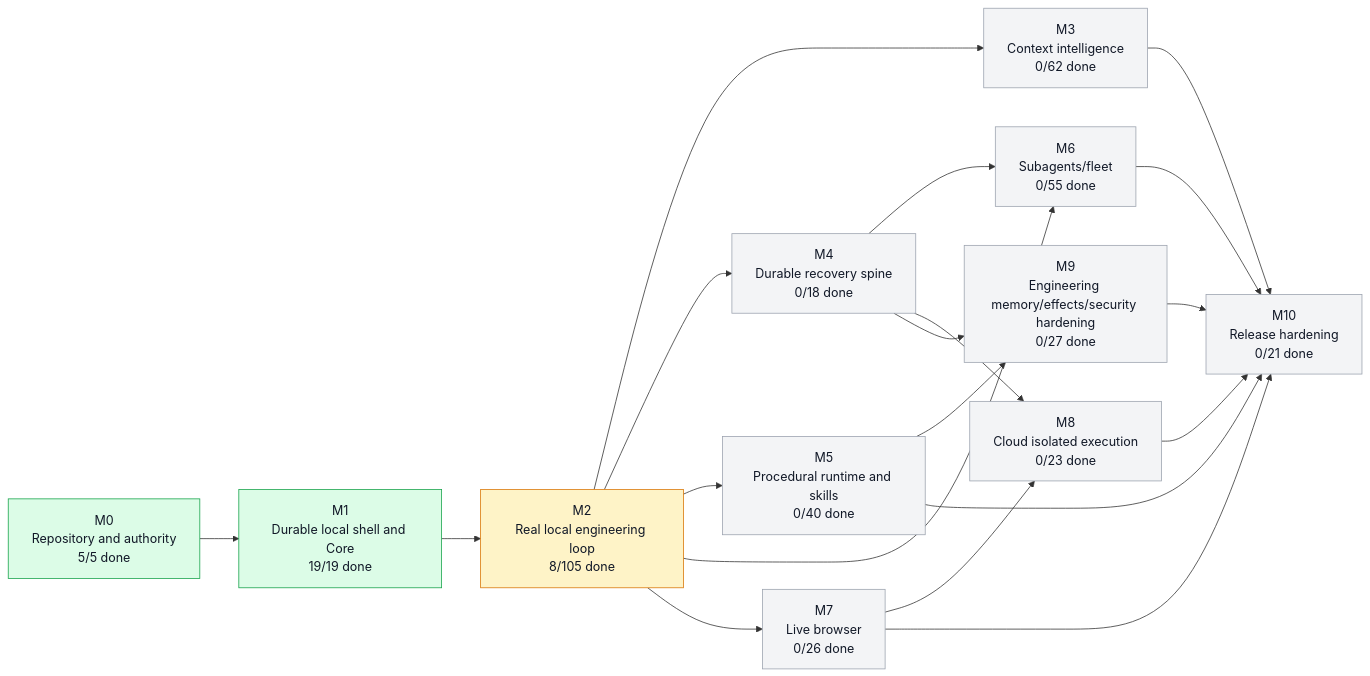
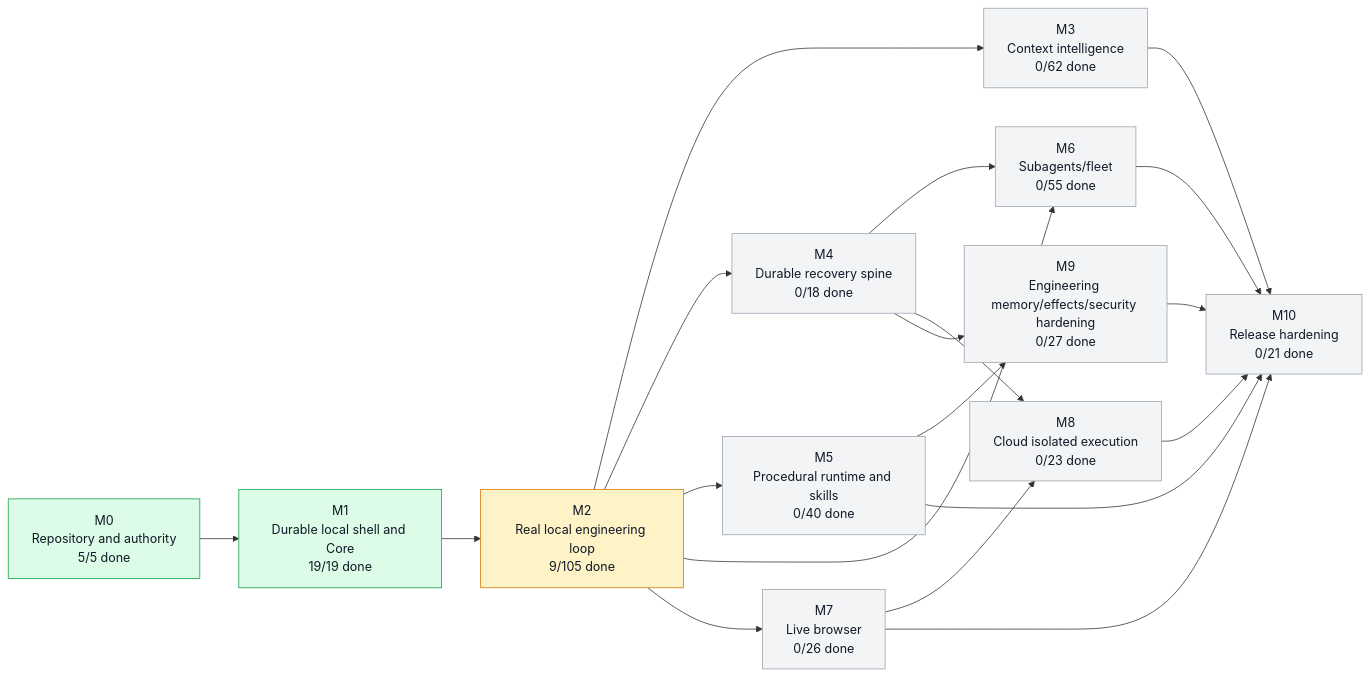
One commit to moss101/modbit changed the first of 5 diagrams in graph/PROJECT_GRAPH.md. Above: the diagram before and after it, drawn with Mermaid. The commit also changed other lines of this file and 6 other files, not shown here.

````diff
--- a/graph/PROJECT_GRAPH.md
+++ b/graph/PROJECT_GRAPH.md
@@ -57,43 +57,43 @@
 ```mermaid
 flowchart LR
   M0["M0<br/>Repository and authority<br/>5/5 done"]
   M1["M1<br/>Durable local shell and Core<br/>19/19 done"]
-  M2["M2<br/>Real local engineering loop<br/>8/105 done"]
+  M2["M2<br/>Real local engineering loop<br/>9/105 done"]
   M3["M3<br/>Context intelligence<br/>0/62 done"]
   M4["M4<br/>Durable recovery spine<br/>0/18 done"]
   M5["M5<br/>Procedural runtime and skills<br/>0/40 done"]
   M6["M6<br/>Subagents/fleet<br/>0/55 done"]
   M7["M7<br/>Live browser<br/>0/26 done"]
   M8["M8<br/>Cloud isolated execution<br/>0/23 done"]
   M9["M9<br/>Engineering memory/effects/security hardening<br/>0/27 done"]
   M10["M10<br/>Release hardening<br/>0/21 done"]
   M0 --> M1
   M1 --> M2
   M2 --> M3
   M2 --> M4
   M2 --> M5
   M2 --> M6
   M4 --> M6
   M2 --> M7
   M4 --> M8
   M7 --> M8
   M4 --> M9
   M5 --> M9
   M3 --> M10
   M5 --> M10
   M6 --> M10
   M7 --> M10
   M8 --> M10
   M9 --> M10
   style M0 fill:#dcfce7,stroke:#16a34a,color:#111827
   style M1 fill:#dcfce7,stroke:#16a34a,color:#111827
   style M2 fill:#fef3c7,stroke:#d97706,color:#111827
   style M3 fill:#f3f4f6,stroke:#9ca3af,color:#111827
   style M4 fill:#f3f4f6,stroke:#9ca3af,color:#111827
   style M5 fill:#f3f4f6,stroke:#9ca3af,color:#111827
   style M6 fill:#f3f4f6,stroke:#9ca3af,color:#111827
   style M7 fill:#f3f4f6,stroke:#9ca3af,color:#111827
   style M8 fill:#f3f4f6,stroke:#9ca3af,color:#111827
   style M9 fill:#f3f4f6,stroke:#9ca3af,color:#111827
   style M10 fill:#f3f4f6,stroke:#9ca3af,color:#111827
 ```
````
